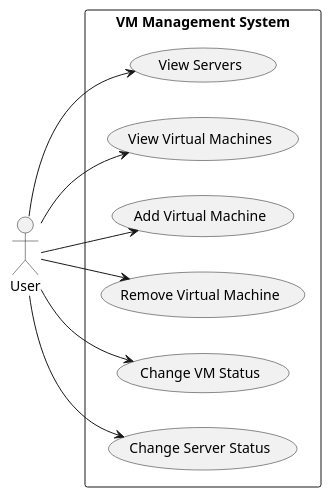
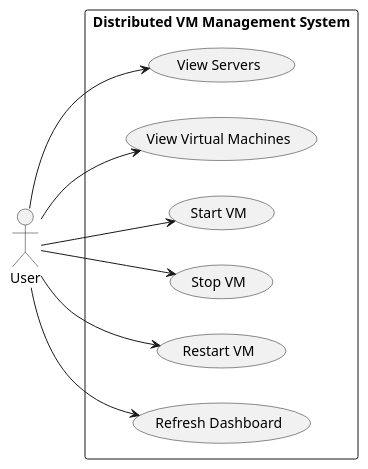
One commit to JonathanBeals/OOP-Final-Project changed the diagram in uml/use-case-view.plantuml. Above: the diagram before and after it, drawn with PlantUML. The commit also changed 9 other files, not shown here.

Commit message:
Update 4+1 UML diagrams to reflect final architecture

```diff
--- a/uml/use-case-view.plantuml
+++ b/uml/use-case-view.plantuml
@@ -1,23 +1,25 @@
 @startuml use_case_view
 
 left to right direction
+skinparam shadowing false
 
 actor User
 
-rectangle "VM Management System" {
+rectangle "Distributed VM Management System" {
+
     usecase "View Servers" as UC1
     usecase "View Virtual Machines" as UC2
-    usecase "Add Virtual Machine" as UC3
-    usecase "Remove Virtual Machine" as UC4
-    usecase "Change VM Status" as UC5
-    usecase "Change Server Status" as UC6
+    usecase "Start VM" as UC3
+    usecase "Stop VM" as UC4
+    usecase "Restart VM" as UC5
+    usecase "Refresh Dashboard" as UC6
 }
 
 User --> UC1
 User --> UC2
 User --> UC3
 User --> UC4
 User --> UC5
 User --> UC6
 
 @enduml
```
